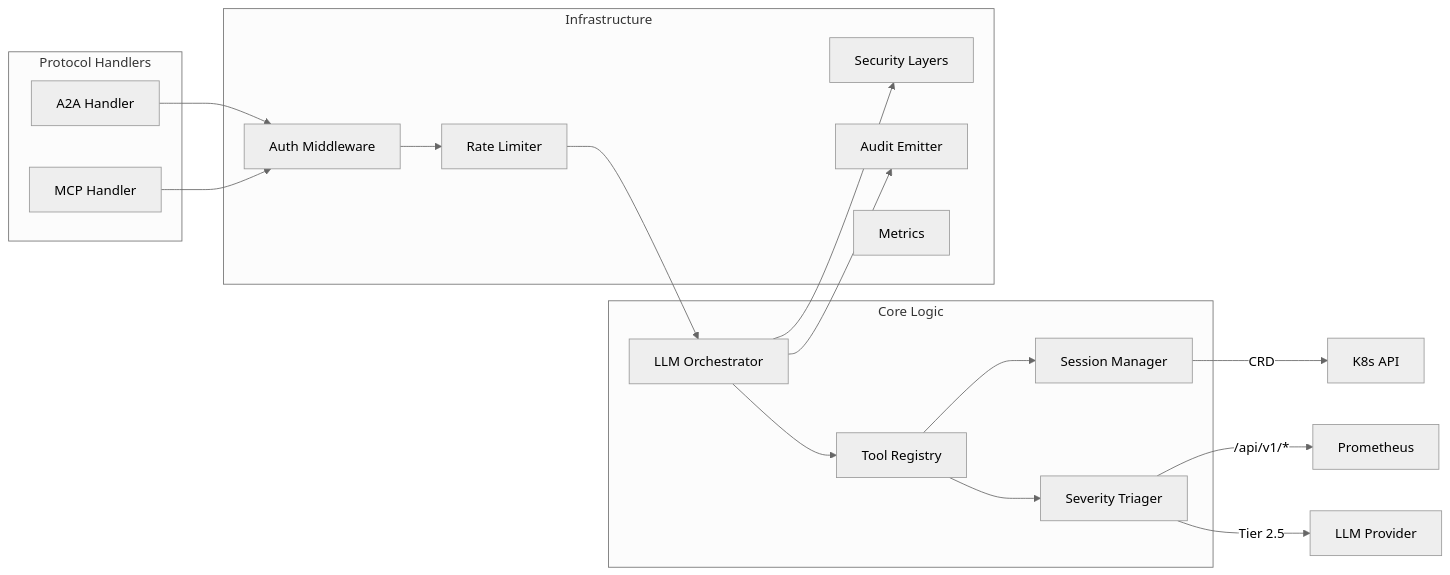
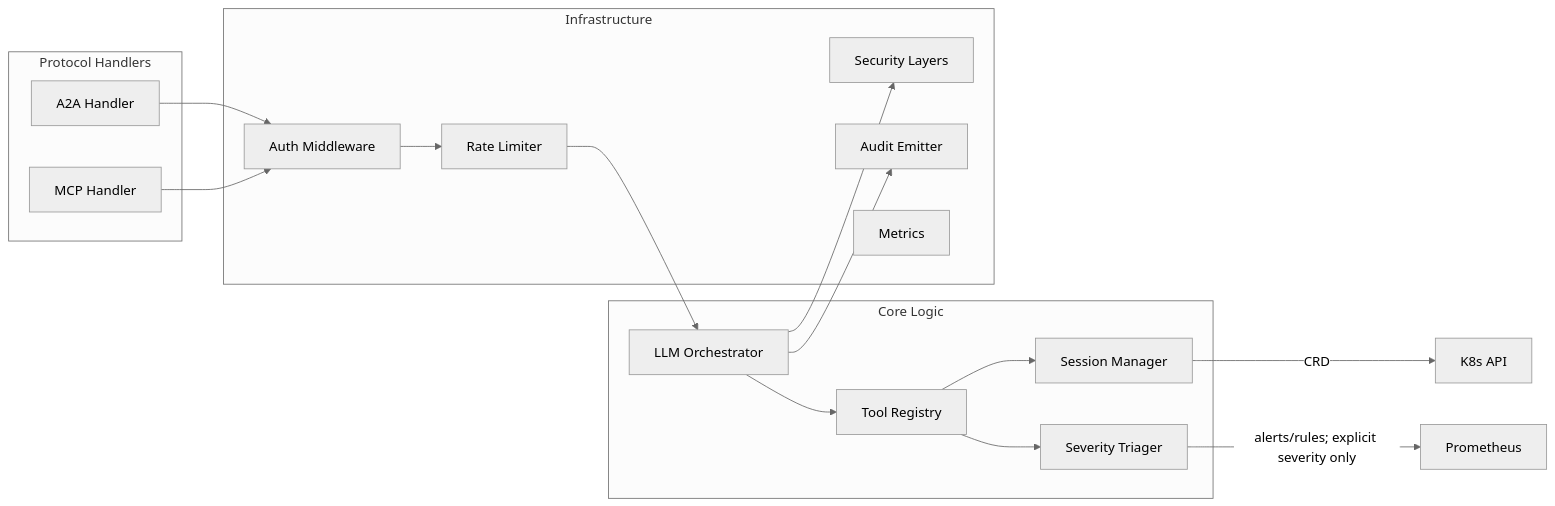
Before and after one commit to jordigilh/kubernaut: the second of 8 diagrams in docs/services/apifrontend/design/ARCHITECTURE.md, drawn with Mermaid (neutral theme). The commit also changed other lines of this file and 28 other files, not shown here.

Commit message:
fix(apifrontend): require explicit severity evidence

````diff
--- a/docs/services/apifrontend/design/ARCHITECTURE.md
+++ b/docs/services/apifrontend/design/ARCHITECTURE.md
@@ -226,35 +226,34 @@
 ```mermaid
 graph LR
     subgraph handlers [Protocol Handlers]
         A2AHandler[A2A Handler]
         MCPHandler[MCP Handler]
     end
 
     subgraph core [Core Logic]
         Orchestrator[LLM Orchestrator]
         ToolRegistry[Tool Registry]
         SessionManager[Session Manager]
         SevTriager[Severity Triager]
     end
 
     subgraph infra_pkg [Infrastructure]
         Auth[Auth Middleware]
         RateLimit[Rate Limiter]
         Security[Security Layers]
         Audit[Audit Emitter]
         Metrics[Metrics]
     end
 
     A2AHandler --> Auth
     MCPHandler --> Auth
     Auth --> RateLimit
     RateLimit --> Orchestrator
     Orchestrator --> ToolRegistry
     Orchestrator --> Security
     ToolRegistry --> SessionManager
     ToolRegistry --> SevTriager
-    SevTriager -->|/api/v1/*| Prom[Prometheus]
-    SevTriager -->|Tier 2.5| LLMProv[LLM Provider]
+    SevTriager -->|alerts/rules; explicit severity only| Prom[Prometheus]
     SessionManager -->|CRD| K8s[K8s API]
     Orchestrator --> Audit
 ```
````
